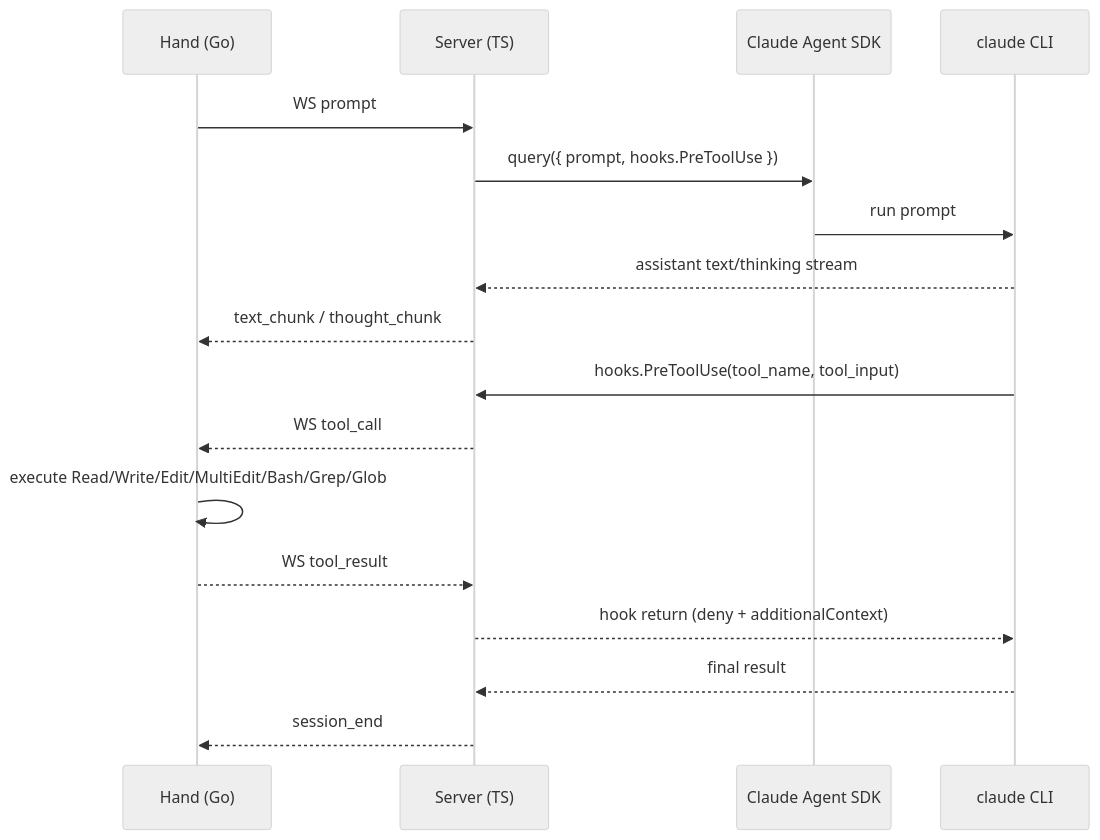
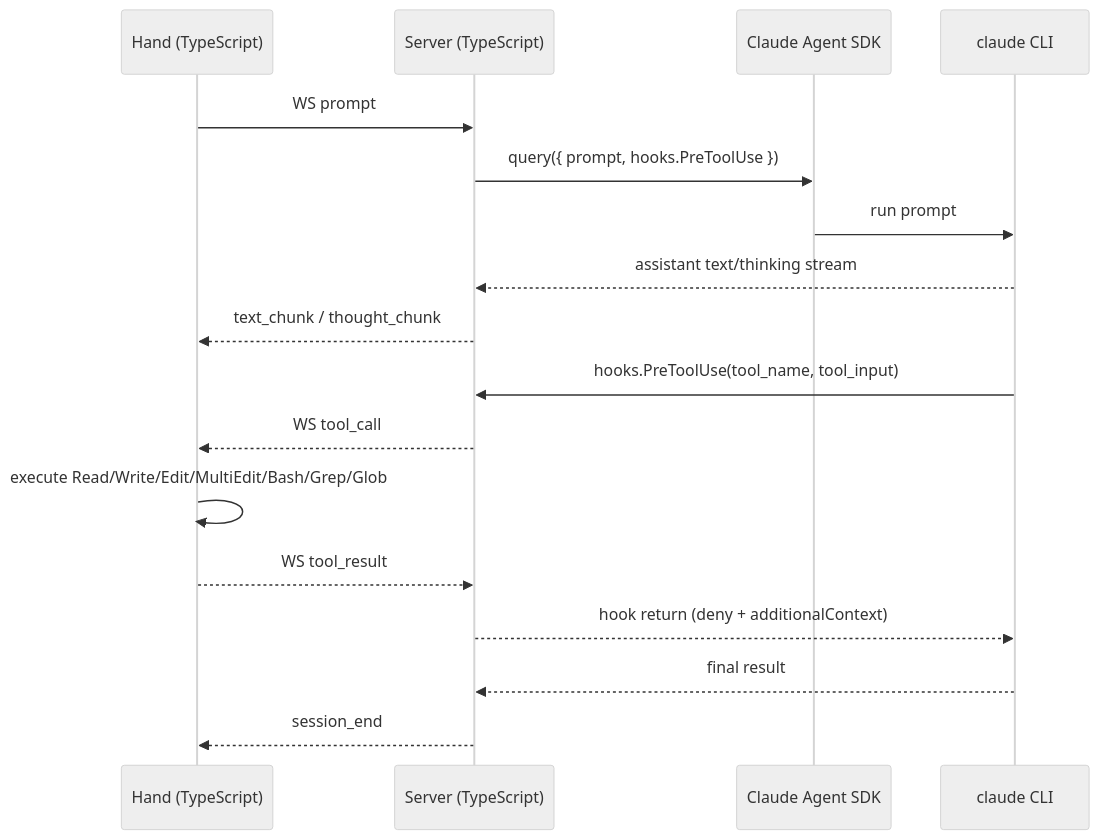
The second of 2 diagrams in README.md (n374/cerelay), drawn with Mermaid (neutral theme) before and after one commit. The commit also changed other lines of this file and 28 other files, not shown here.

First line of the commit message:
🔄 全面迁移至纯 TypeScript 架构 / Full migration to pure TypeScript

````diff
--- a/README.md
+++ b/README.md
@@ -41,20 +38,20 @@
 ```mermaid
 sequenceDiagram
-    participant H as Hand (Go)
-    participant S as Server (TS)
+    participant H as Hand (TypeScript)
+    participant S as Server (TypeScript)
     participant SDK as Claude Agent SDK
     participant C as claude CLI
 
     H->>S: WS prompt
     S->>SDK: query({ prompt, hooks.PreToolUse })
     SDK->>C: run prompt
     C-->>S: assistant text/thinking stream
     S-->>H: text_chunk / thought_chunk
     C->>S: hooks.PreToolUse(tool_name, tool_input)
     S-->>H: WS tool_call
     H->>H: execute Read/Write/Edit/MultiEdit/Bash/Grep/Glob
     H-->>S: WS tool_result
     S-->>C: hook return (deny + additionalContext)
     C-->>S: final result
     S-->>H: session_end
 ```
````
